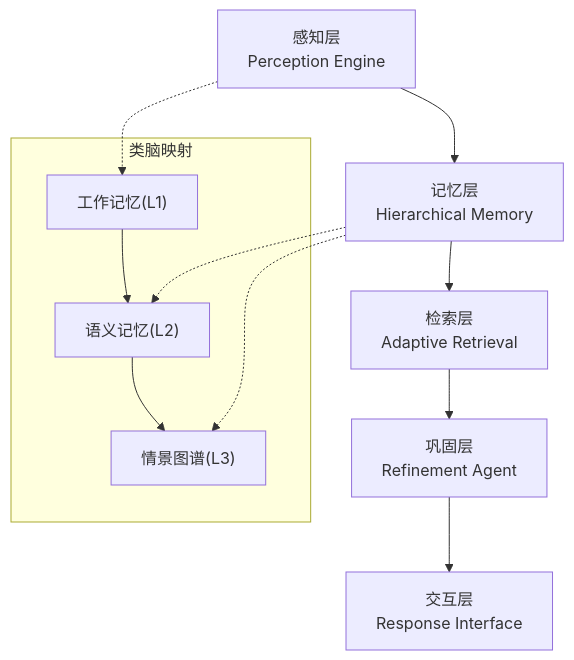
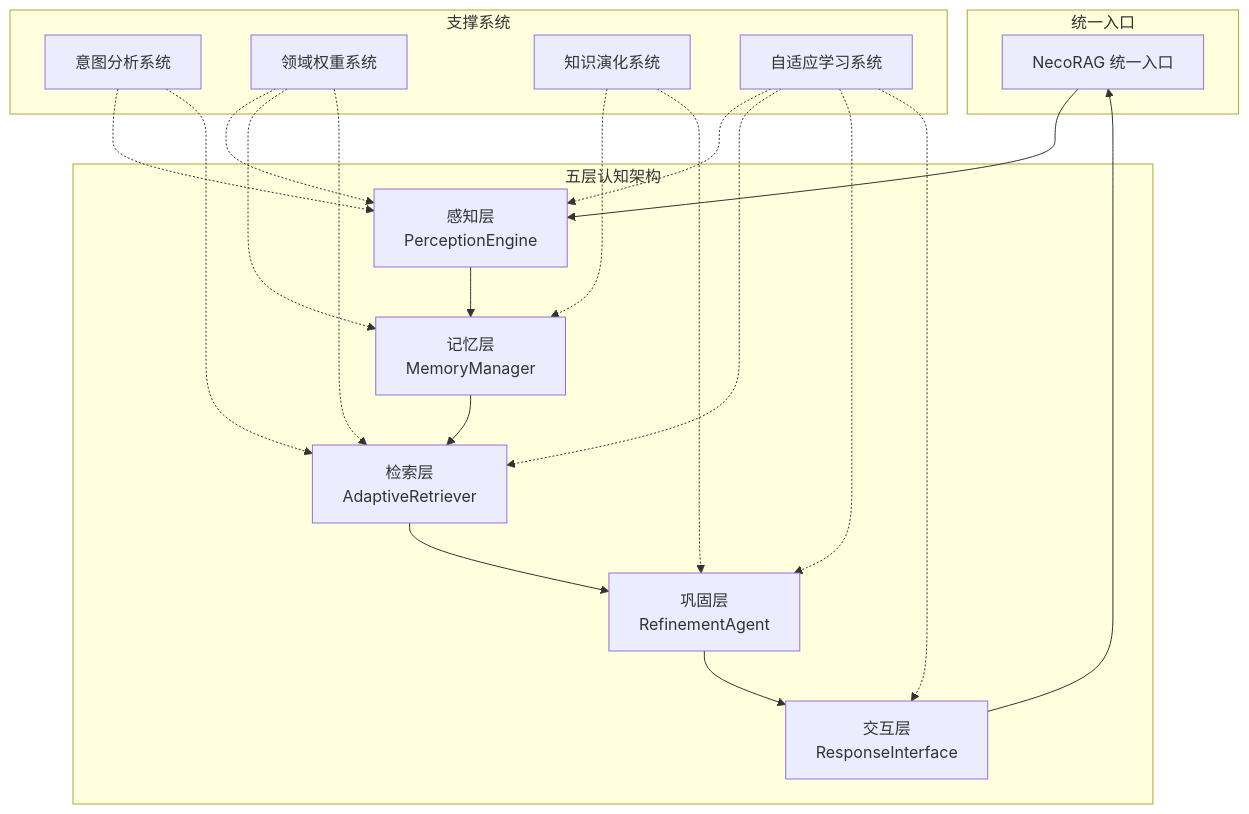
The first of 12 diagrams in .qoder/repowiki/zh/content/核心架构设计/核心架构设计.md (JieGaoPrinceton/NecoRAG), drawn with Mermaid before and after one commit. The commit also changed other lines of this file and 181 other files, not shown here.

````diff
--- a/.qoder/repowiki/zh/content/核心架构设计/核心架构设计.md
+++ b/.qoder/repowiki/zh/content/核心架构设计/核心架构设计.md
@@ -147,13 +39,24 @@
 ```mermaid
 graph TB
-A["感知层<br/>Perception Engine"] --> B["记忆层<br/>Hierarchical Memory"]
-B --> C["检索层<br/>Adaptive Retrieval"]
-C --> D["巩固层<br/>Refinement Agent"]
-D --> E["交互层<br/>Response Interface"]
-subgraph "类脑映射"
-F["工作记忆(L1)"] --> G["语义记忆(L2)"] --> H["情景图谱(L3)"]
+subgraph "统一入口"
+NR[NecoRAG 统一入口]
 end
-A -.-> F
-B -.-> G
-B -.-> H
+subgraph "五层认知架构"
+L1[感知层<br/>PerceptionEngine]
+L2[记忆层<br/>MemoryManager]
+L3[检索层<br/>AdaptiveRetriever]
+L4[巩固层<br/>RefinementAgent]
+L5[交互层<br/>ResponseInterface]
+end
+subgraph "支撑系统"
+INT[意图分析系统]
+DOM[领域权重系统]
+KE[知识演化系统]
+AL[自适应学习系统]
+end
+NR --> L1 --> L2 --> L3 --> L4 --> L5 --> NR
+INT -.-> L1 & L3
+DOM -.-> L1 & L2 & L3
+KE -.-> L2 & L4
+AL -.-> L1 & L3 & L4 & L5
 ```
````
